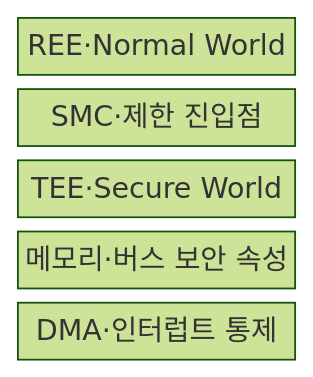
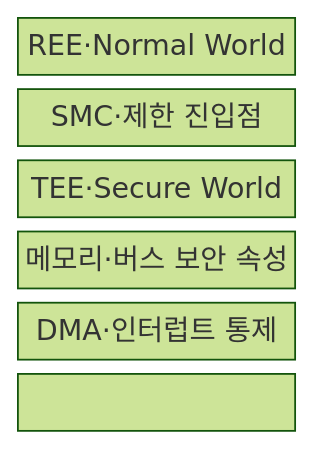
One commit to agnusdei1207/knowledge-base changed the first of 2 diagrams in src/content/docs/notes/05-security/128_arm_trustzone.md. Above: the diagram before and after it, drawn with Mermaid (forest theme). The commit also changed other lines of this file and 151 other files, not shown here.

````diff
--- a/src/content/docs/notes/05-security/128_arm_trustzone.md
+++ b/src/content/docs/notes/05-security/128_arm_trustzone.md
@@ -56,9 +56,11 @@
 ```mermaid
 block-beta
   columns 1
   R["REE·Normal World"]
   G["SMC·제한 진입점"]
   T["TEE·Secure World"]
   M["메모리·버스 보안 속성"]
   P["DMA·인터럽트 통제"]
+  R --- G --- T
+  T --- M --- P
 ```
````
